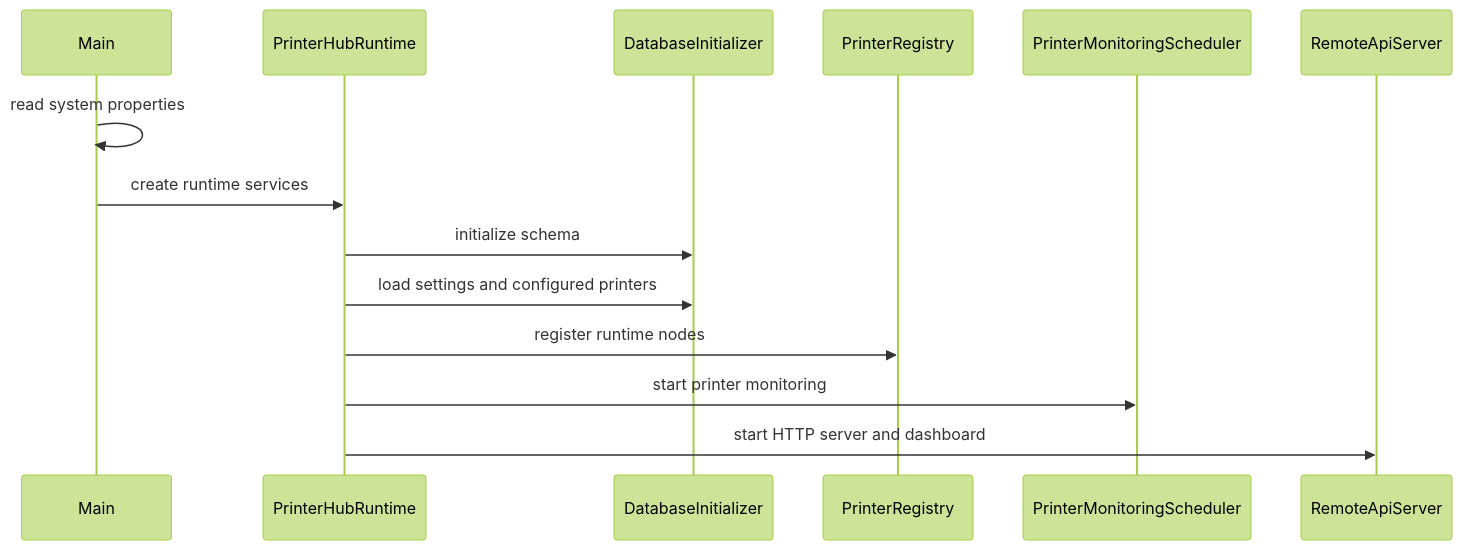
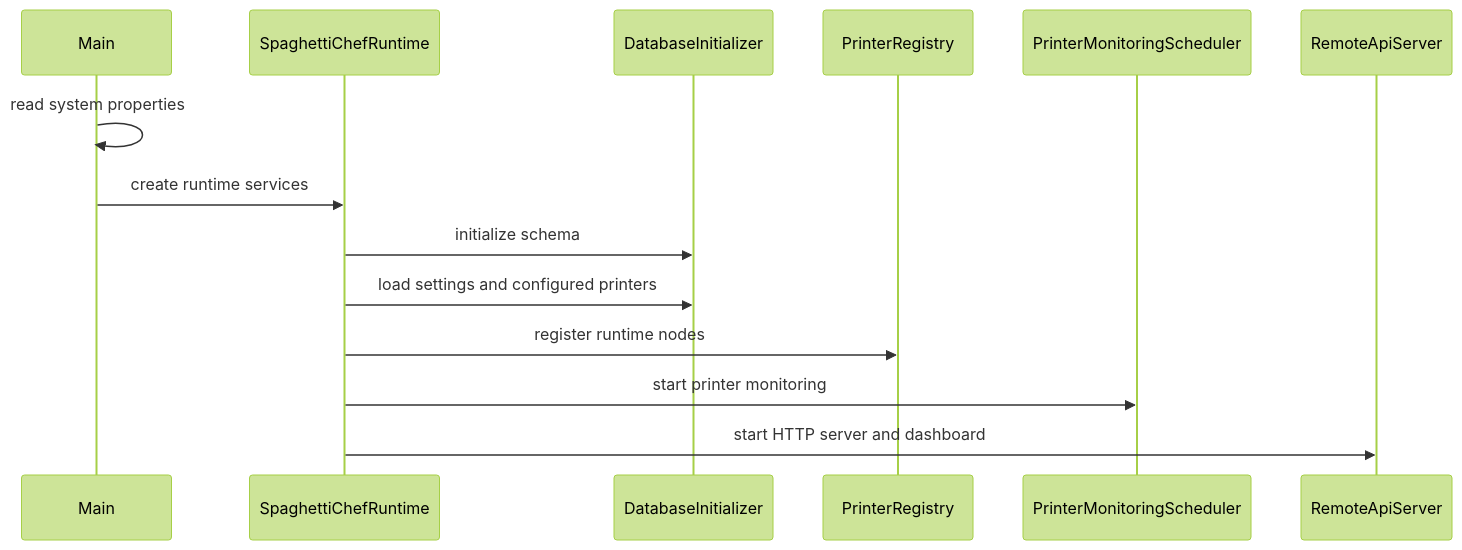
The first of 3 diagrams in docs/specification.md (nathabee/spaghetti-chef), drawn with Mermaid (forest theme) before and after one commit. The commit also changed other lines of this file and 474 other files, not shown here.

Commit message:
0.5.1 Rename PrinterHub to SpaghettiChef

````diff
--- a/docs/specification.md
+++ b/docs/specification.md
@@ -63,17 +63,17 @@
 ```mermaid
 sequenceDiagram
     participant Main
-    participant Runtime as PrinterHubRuntime
+    participant Runtime as SpaghettiChefRuntime
     participant DB as DatabaseInitializer
     participant Registry as PrinterRegistry
     participant Monitor as PrinterMonitoringScheduler
     participant API as RemoteApiServer
 
     Main->>Main: read system properties
     Main->>Runtime: create runtime services
     Runtime->>DB: initialize schema
     Runtime->>DB: load settings and configured printers
     Runtime->>Registry: register runtime nodes
     Runtime->>Monitor: start printer monitoring
     Runtime->>API: start HTTP server and dashboard
 ```
````
